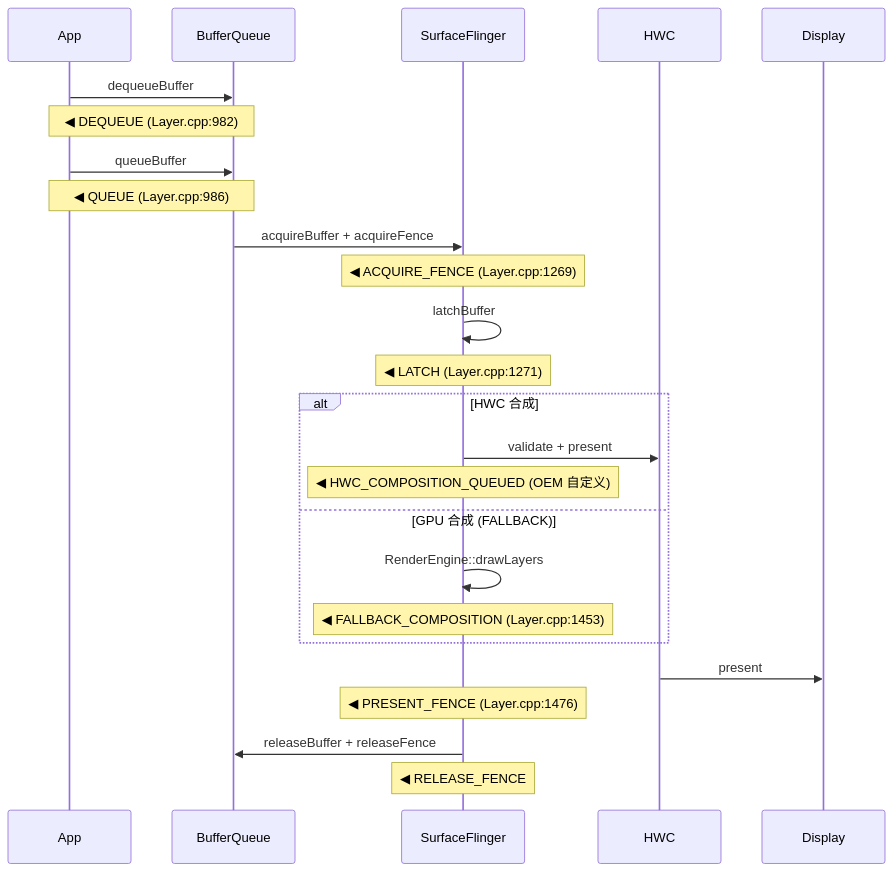
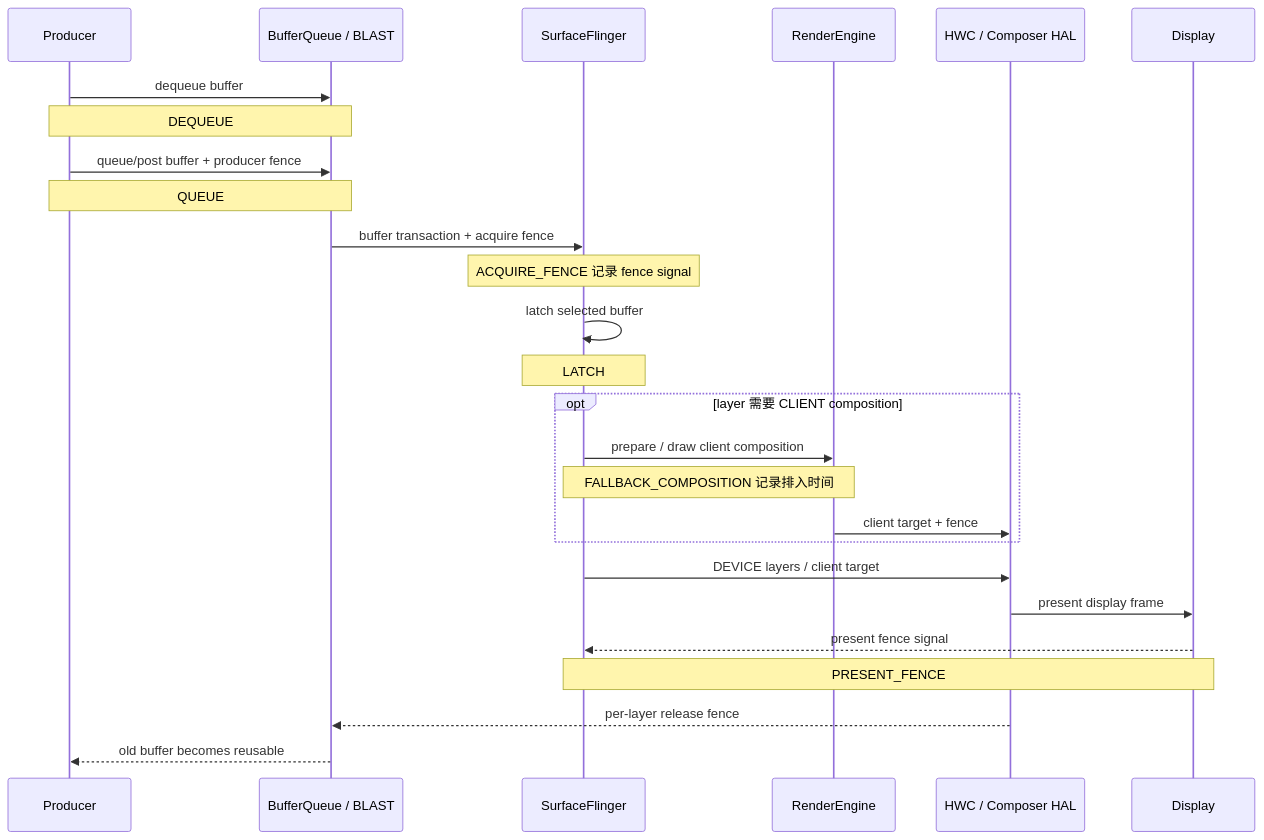
One commit to Gracker/android-internals-wiki changed the diagram in src/part3-tools/ch13-perfetto/19-frametracer-graphics-frame-event.md. Above: the diagram before and after it, drawn with Mermaid. The commit also changed other lines of this file, not shown here.

Commit message:
correct Android 17 FrameTracer event semantics

````diff
--- a/src/part3-tools/ch13-perfetto/19-frametracer-graphics-frame-event.md
+++ b/src/part3-tools/ch13-perfetto/19-frametracer-graphics-frame-event.md
@@ -47,28 +60,29 @@
 ```mermaid
 sequenceDiagram
-    participant App
-    participant BufferQueue
+    participant P as Producer
+    participant BQ as BufferQueue / BLAST
     participant SF as SurfaceFlinger
-    participant HWC
-    participant Display
+    participant RE as RenderEngine
+    participant HWC as HWC / Composer HAL
+    participant D as Display
 
-    App->>BufferQueue: dequeueBuffer
-    Note over App,BufferQueue: ◀ DEQUEUE (Layer.cpp:982)
-    App->>BufferQueue: queueBuffer
-    Note over App,BufferQueue: ◀ QUEUE (Layer.cpp:986)
-    BufferQueue->>SF: acquireBuffer + acquireFence
-    Note over SF: ◀ ACQUIRE_FENCE (Layer.cpp:1269)
-    SF->>SF: latchBuffer
-    Note over SF: ◀ LATCH (Layer.cpp:1271)
-    alt HWC 合成
-        SF->>HWC: validate + present
-        Note over SF: ◀ HWC_COMPOSITION_QUEUED (OEM 自定义)
-    else GPU 合成 (FALLBACK)
-        SF->>SF: RenderEngine::drawLayers
-        Note over SF: ◀ FALLBACK_COMPOSITION (Layer.cpp:1453)
+    P->>BQ: dequeue buffer
+    Note over P,BQ: DEQUEUE
+    P->>BQ: queue/post buffer + producer fence
+    Note over P,BQ: QUEUE
+    BQ->>SF: buffer transaction + acquire fence
+    Note over SF: ACQUIRE_FENCE 记录 fence signal
+    SF->>SF: latch selected buffer
+    Note over SF: LATCH
+    opt layer 需要 CLIENT composition
+        SF->>RE: prepare / draw client composition
+        Note over SF,RE: FALLBACK_COMPOSITION 记录排入时间
+        RE->>HWC: client target + fence
     end
-    HWC->>Display: present
-    Note over SF: ◀ PRESENT_FENCE (Layer.cpp:1476)
-    SF->>BufferQueue: releaseBuffer + releaseFence
-    Note over SF: ◀ RELEASE_FENCE
+    SF->>HWC: DEVICE layers / client target
+    HWC->>D: present display frame
+    D-->>SF: present fence signal
+    Note over SF,D: PRESENT_FENCE
+    HWC-->>BQ: per-layer release fence
+    BQ-->>P: old buffer becomes reusable
 ```
````
